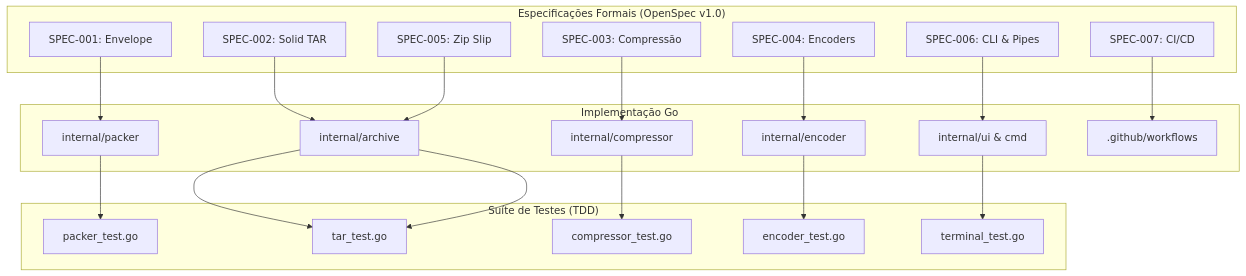
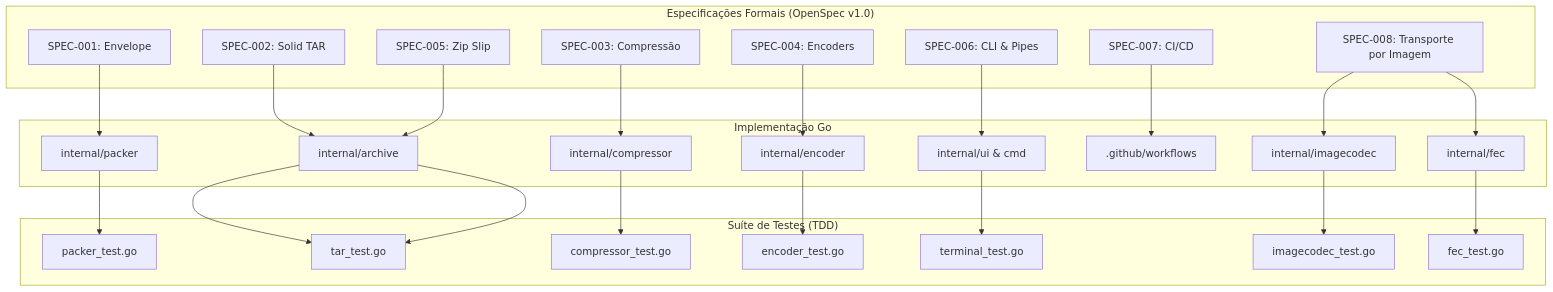
The diagram in openspec/INDEX.md (douglaspands/pack2txt), drawn with Mermaid before and after one commit. The commit also changed other lines of this file and 25 other files, not shown here.

````diff
--- a/openspec/INDEX.md
+++ b/openspec/INDEX.md
@@ -27,37 +28,44 @@
 ```mermaid
 graph TD
     subgraph "Especificações Formais (OpenSpec v1.0)"
         S1[SPEC-001: Envelope]
         S2[SPEC-002: Solid TAR]
         S3[SPEC-003: Compressão]
         S4[SPEC-004: Encoders]
         S5[SPEC-005: Zip Slip]
         S6[SPEC-006: CLI & Pipes]
         S7[SPEC-007: CI/CD]
+        S8[SPEC-008: Transporte por Imagem]
     end
 
     subgraph "Implementação Go"
         P[internal/packer]
         A[internal/archive]
         C[internal/compressor]
         E[internal/encoder]
         U[internal/ui & cmd]
         CI[.github/workflows]
+        IC[internal/imagecodec]
+        FE[internal/fec]
     end
 
     subgraph "Suíte de Testes (TDD)"
         T1[packer_test.go]
         T2[tar_test.go]
         T3[compressor_test.go]
         T4[encoder_test.go]
         T5[terminal_test.go]
+        T6[imagecodec_test.go]
+        T7[fec_test.go]
     end
 
     S1 --> P --> T1
     S2 --> A --> T2
     S3 --> C --> T3
     S4 --> E --> T4
     S5 --> A --> T2
     S6 --> U --> T5
     S7 --> CI
+    S8 --> IC --> T6
+    S8 --> FE --> T7
 ```
````
